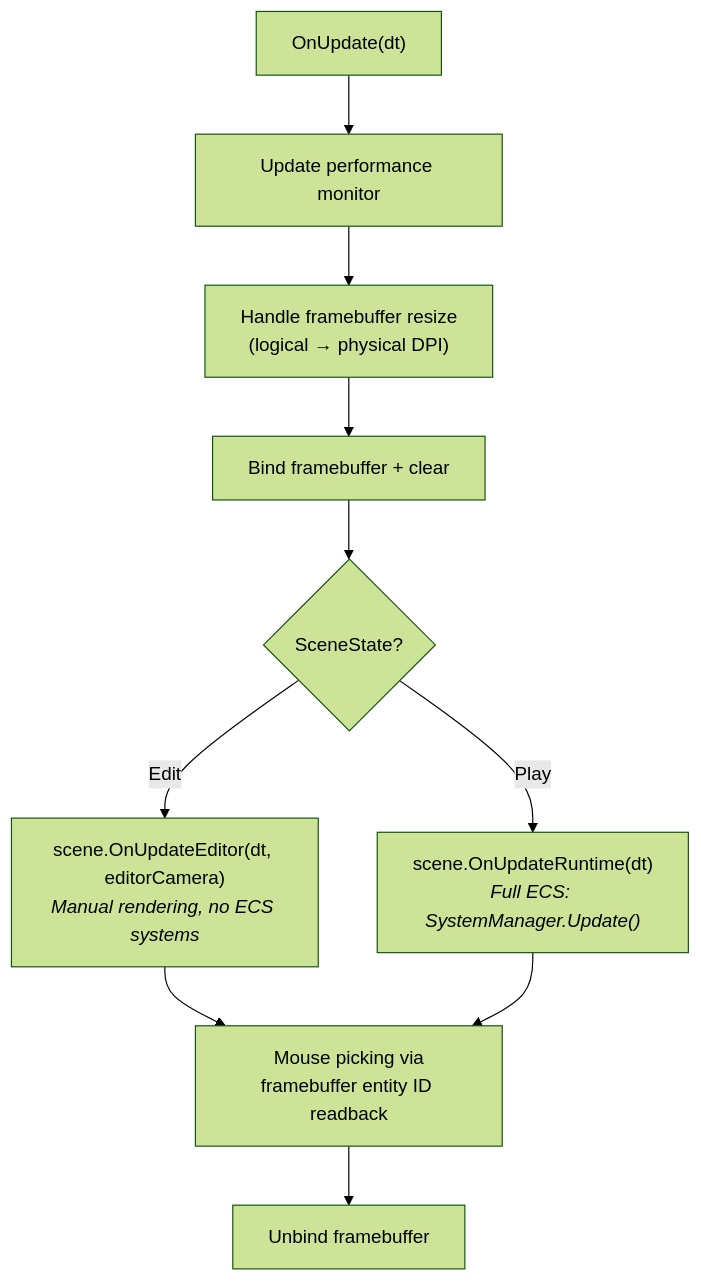
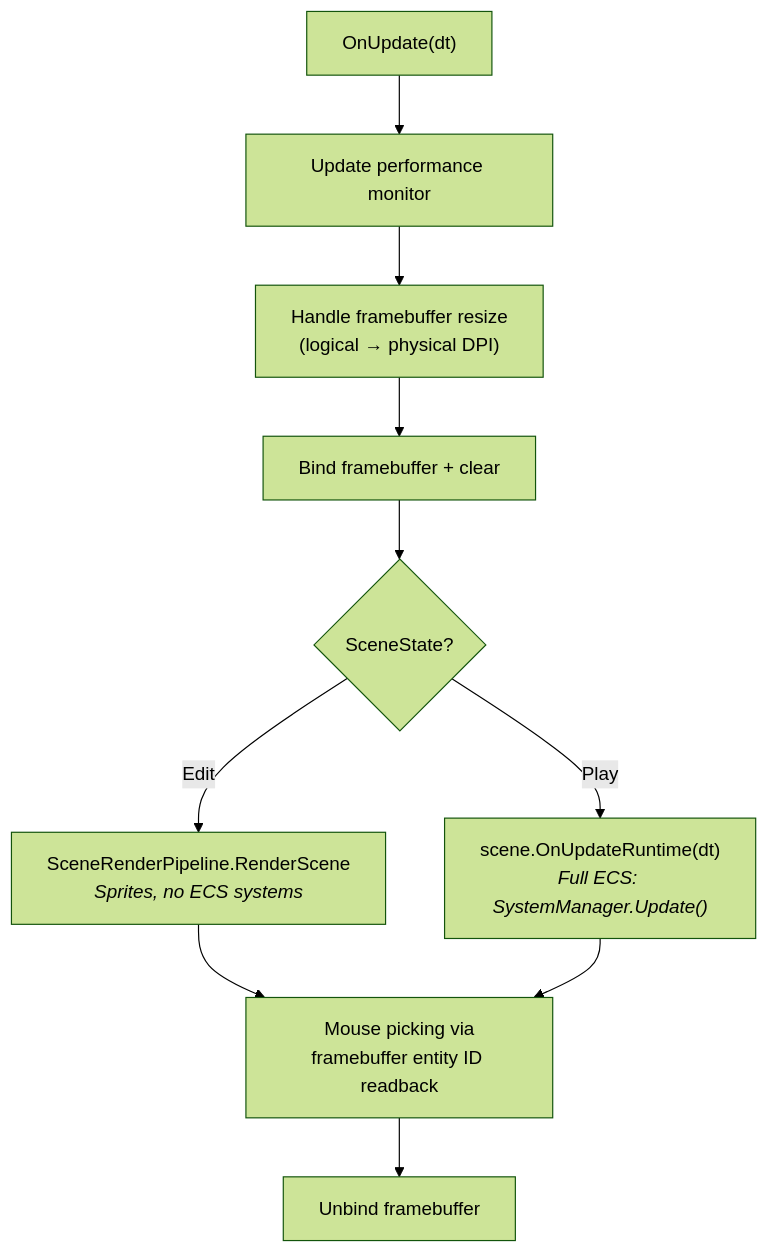
One commit to kateusz/GameEngine changed the fourth of 6 diagrams in docs/architecture/game-loop.md. Above: the diagram before and after it, drawn with Mermaid (forest theme). The commit also changed other lines of this file and 229 other files, not shown here.

````diff
--- a/docs/architecture/game-loop.md
+++ b/docs/architecture/game-loop.md
@@ -180,12 +180,12 @@
 ```mermaid
 graph TD
     A["OnUpdate(dt)"] --> B["Update performance monitor"]
     B --> C["Handle framebuffer resize<br/>(logical → physical DPI)"]
     C --> D["Bind framebuffer + clear"]
     D --> E{SceneState?}
-    E -->|Edit| F["scene.OnUpdateEditor(dt, editorCamera)<br/><i>Manual rendering, no ECS systems</i>"]
+    E -->|Edit| F["SceneRenderPipeline.RenderScene<br/><i>Sprites, no ECS systems</i>"]
     E -->|Play| G["scene.OnUpdateRuntime(dt)<br/><i>Full ECS: SystemManager.Update()</i>"]
     F --> H["Mouse picking via<br/>framebuffer entity ID readback"]
     G --> H
     H --> I["Unbind framebuffer"]
 ```
````
